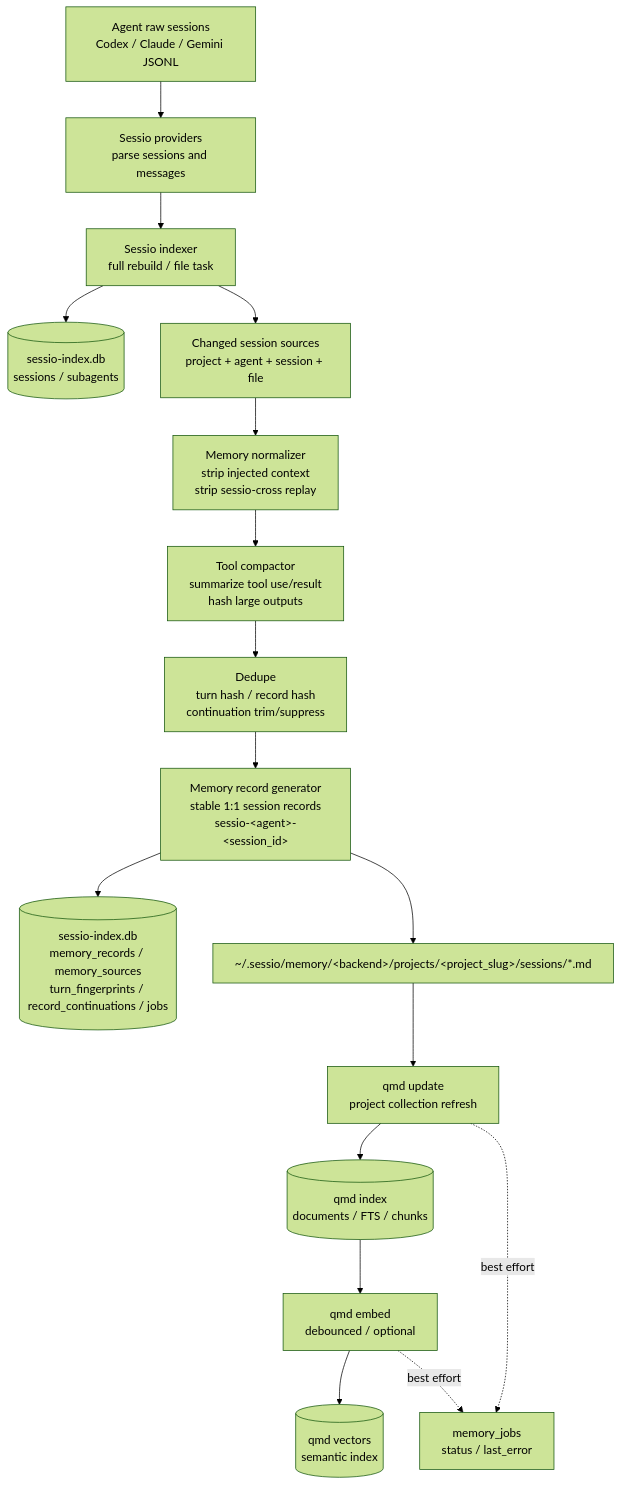
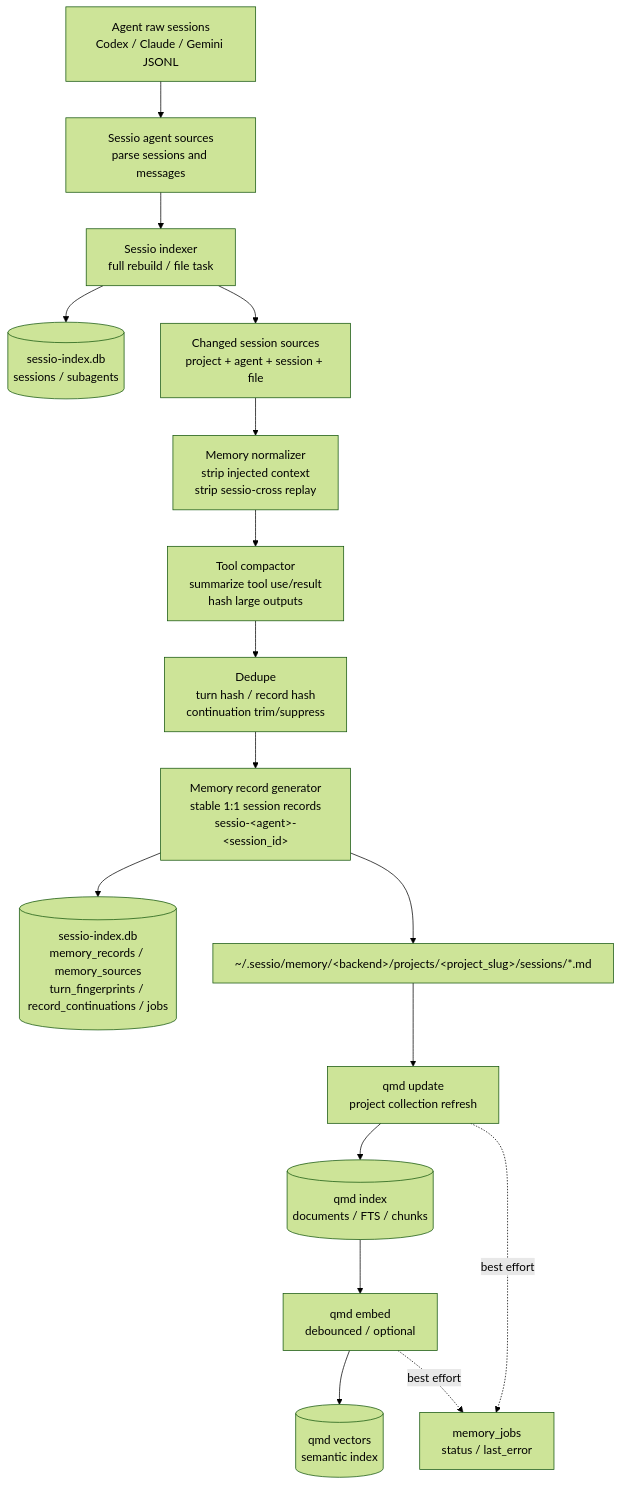
Before and after one commit to LarchLiu/sessio: the first of 3 diagrams in docs/sessio-cli-qmd-memory-plan.md, drawn with Mermaid (forest theme). The commit also changed other lines of this file and 32 other files, not shown here.

Commit message:
refactor: rename agent providers to agent sources

````diff
--- a/docs/sessio-cli-qmd-memory-plan.md
+++ b/docs/sessio-cli-qmd-memory-plan.md
@@ -331,23 +331,23 @@
 ```mermaid
 flowchart TD
-    Raw["Agent raw sessions<br/>Codex / Claude / Gemini JSONL"] --> Readers["Sessio providers<br/>parse sessions and messages"]
+    Raw["Agent raw sessions<br/>Codex / Claude / Gemini JSONL"] --> Readers["Sessio agent sources<br/>parse sessions and messages"]
     Readers --> Indexer["Sessio indexer<br/>full rebuild / file task"]
     Indexer --> SessionDB[("sessio-index.db<br/>sessions / subagents")]
     Indexer --> Changed["Changed session sources<br/>project + agent + session + file"]
 
     Changed --> Normalizer["Memory normalizer<br/>strip injected context<br/>strip sessio-cross replay"]
     Normalizer --> ToolCompact["Tool compactor<br/>summarize tool use/result<br/>hash large outputs"]
     ToolCompact --> Dedupe["Dedupe<br/>turn hash / record hash<br/>continuation trim/suppress"]
     Dedupe --> Records["Memory record generator<br/>stable 1:1 session records<br/>sessio-&lt;agent&gt;-&lt;session_id&gt;"]
 
     Records --> MemoryDB[("sessio-index.db<br/>memory_records / memory_sources<br/>turn_fingerprints / record_continuations / jobs")]
     Records --> RecordFiles["~/.sessio/memory/&lt;backend&gt;/projects/&lt;project_slug&gt;/sessions/*.md"]
 
     RecordFiles --> QmdUpdate["qmd update<br/>project collection refresh"]
     QmdUpdate --> QmdIndex[("qmd index<br/>documents / FTS / chunks")]
     QmdIndex --> QmdEmbed["qmd embed<br/>debounced / optional"]
     QmdEmbed --> QmdVectors[("qmd vectors<br/>semantic index")]
 
     QmdUpdate -. best effort .-> JobState["memory_jobs<br/>status / last_error"]
     QmdEmbed -. best effort .-> JobState
 ```
````
